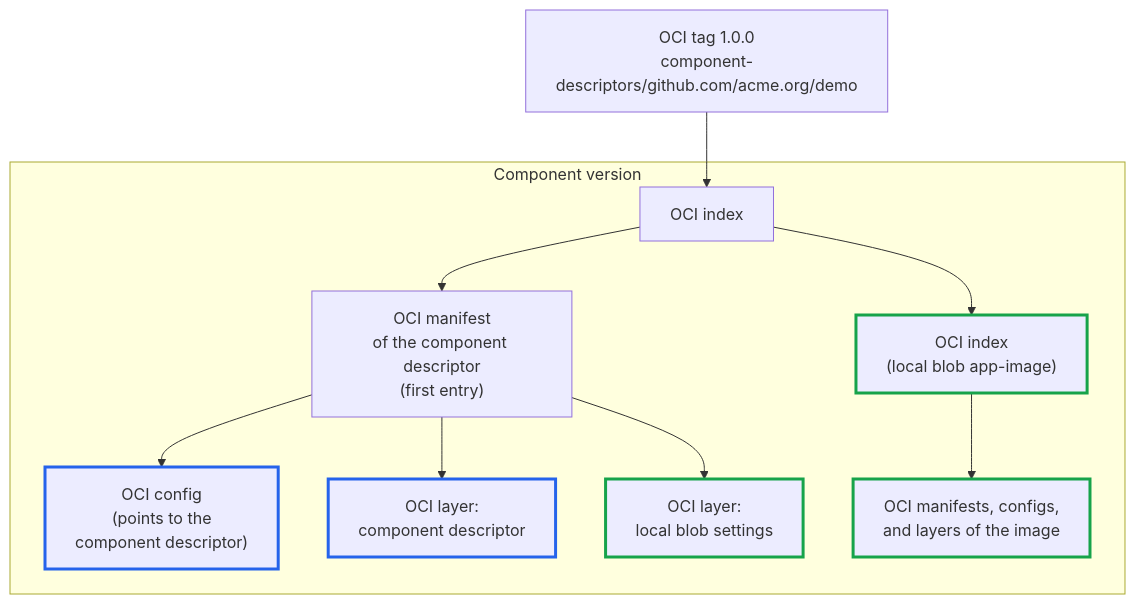
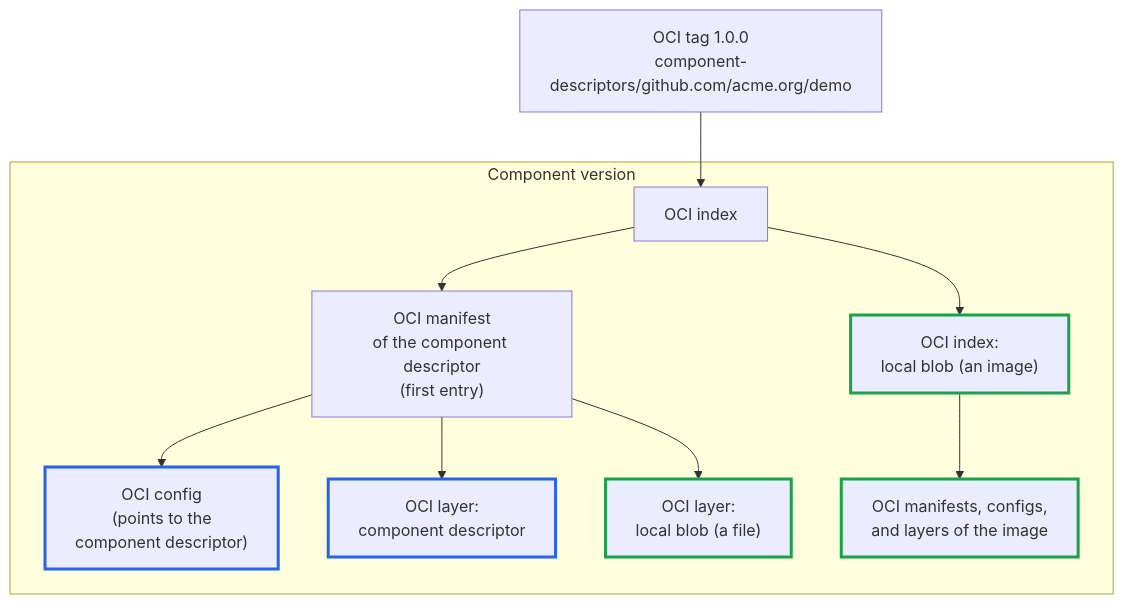
Before and after one commit to open-component-model/open-component-model: the second of 2 diagrams in website/content/docs/concepts/component-storage.md, drawn with Mermaid. The commit also changed other lines of this file, not shown here.

````diff
--- a/website/content/docs/concepts/component-storage.md
+++ b/website/content/docs/concepts/component-storage.md
@@ -149,19 +147,19 @@
 ```mermaid
 flowchart TD
     tag["OCI tag 1.0.0<br/>component-descriptors/github.com/acme.org/demo"] --> idx
 
     subgraph cv["Component version"]
         idx["OCI index"]
         idx --> dm["OCI manifest<br/>of the component descriptor<br/>(first entry)"]
-        idx --> img["OCI index<br/>(local blob app-image)"]
+        idx --> img["OCI index:<br/>local blob (an image)"]
         dm --> cfg["OCI config<br/>(points to the<br/>component descriptor)"]
         dm --> cd["OCI layer:<br/>component descriptor"]
-        dm --> lb["OCI layer:<br/>local blob settings"]
+        dm --> lb["OCI layer:<br/>local blob (a file)"]
         img --> imgm["OCI manifests, configs,<br/>and layers of the image"]
     end
 
     classDef ocm stroke:#2563eb,stroke-width:3px
     class cfg,cd ocm
     classDef content stroke:#16a34a,stroke-width:3px
     class lb,img,imgm content
 ```
````
